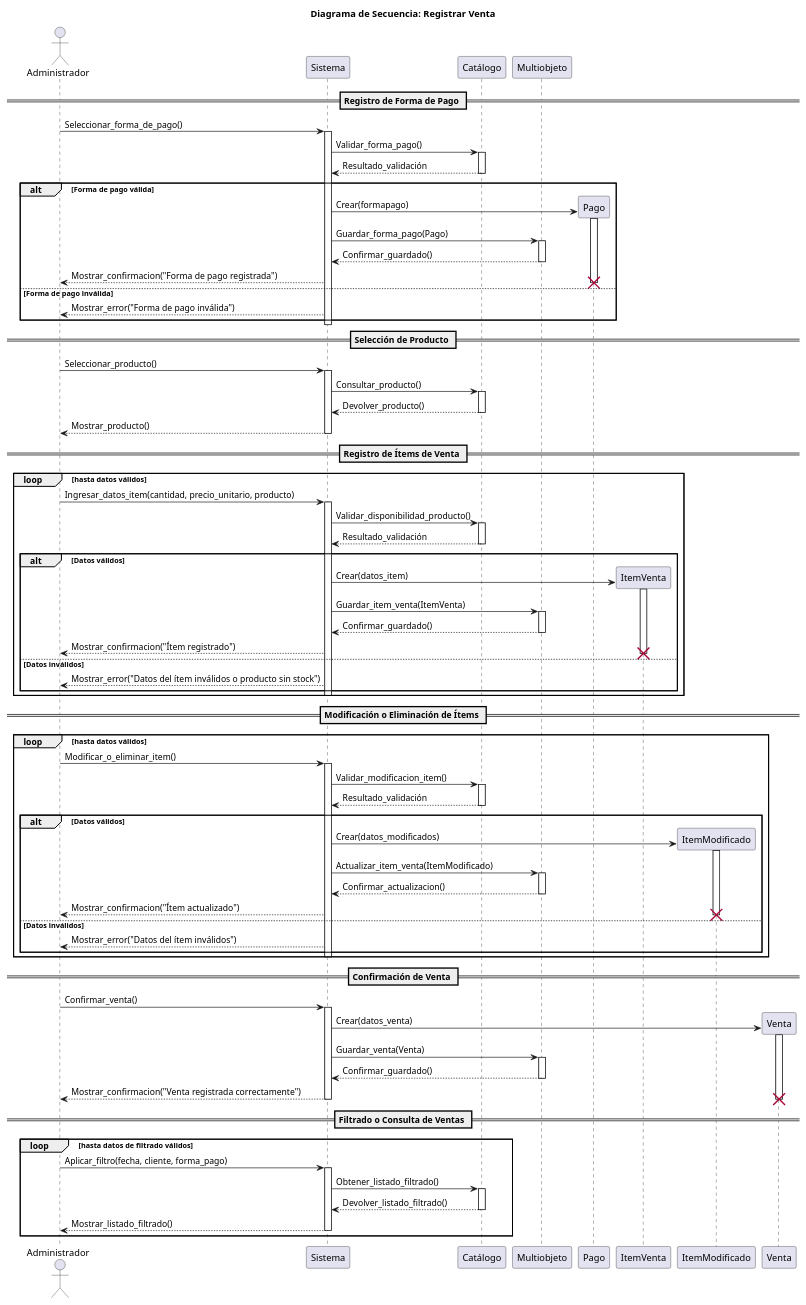
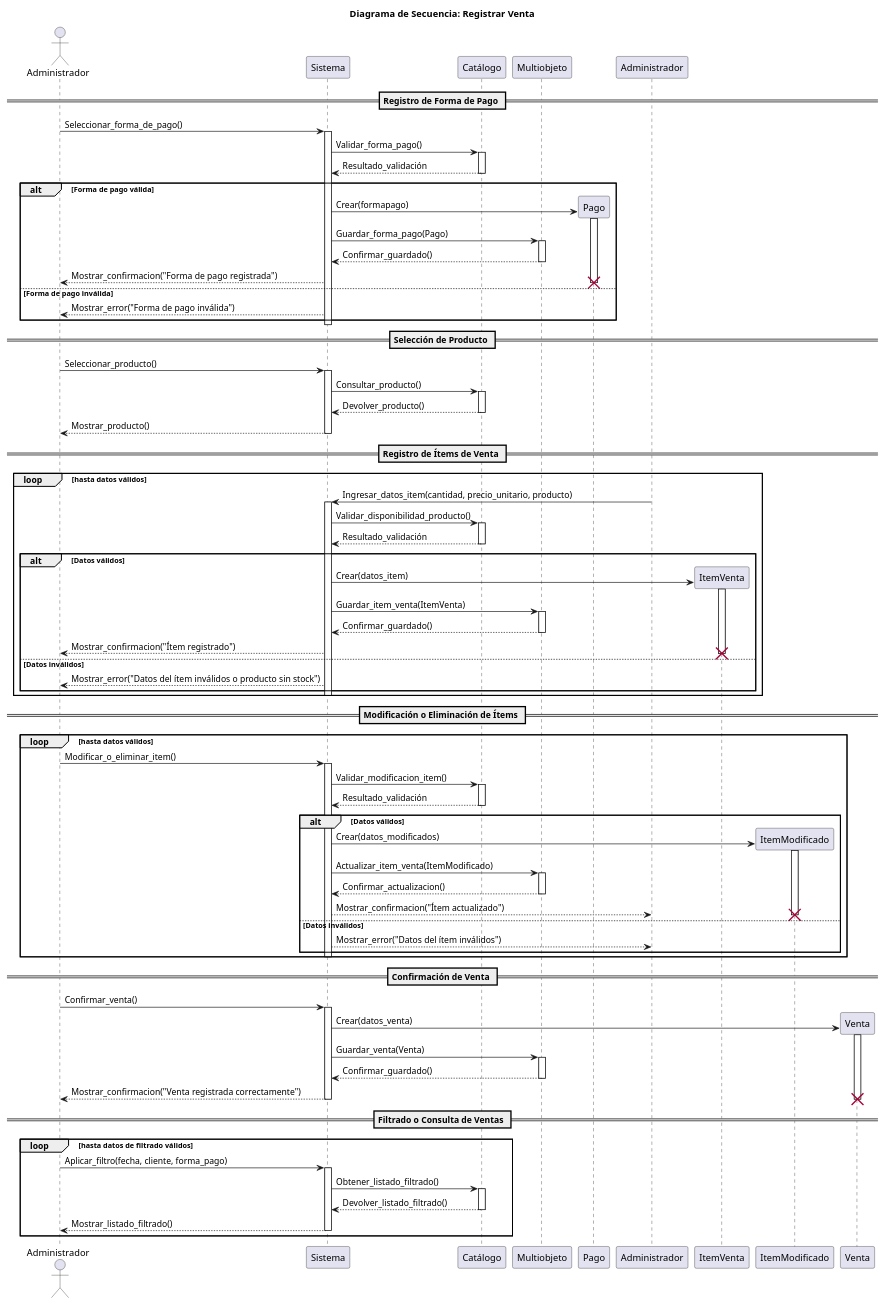
Before and after one commit to Luci1274/PPI_Proyecto_gomeria: the diagram in 08-Diagrama-secuencia/02_Venta.puml, drawn with PlantUML. The commit also changed 1 other file, not shown here.

Commit message:
Agrego diagrama de secuencia de Cliente antiguo.

```diff
--- a/08-Diagrama-secuencia/02_Venta.puml
+++ b/08-Diagrama-secuencia/02_Venta.puml
@@ -1,119 +1,119 @@
 @startuml venta
 
 title Diagrama de Secuencia: Registrar Venta
 
-actor Administrador
-participant Sistema
+actor Administrador as Admin 
+participant Sistema as System
 participant Catálogo as Cat
 participant Multiobjeto as MULT
 
 == Registro de Forma de Pago ==
-Administrador -> Sistema: Seleccionar_forma_de_pago()
-activate Sistema
-Sistema -> Cat: Validar_forma_pago()
+Admin -> System: Seleccionar_forma_de_pago()
+activate System
+System -> Cat: Validar_forma_pago()
 activate Cat
-Cat --> Sistema: Resultado_validación
+Cat --> System: Resultado_validación
 deactivate Cat
 
 alt Forma de pago válida
    create Pago
-   Sistema -> Pago: Crear(formapago)
+   System -> Pago: Crear(formapago)
    activate Pago
-   Sistema -> MULT: Guardar_forma_pago(Pago)
+   System -> MULT: Guardar_forma_pago(Pago)
    activate MULT
-   MULT --> Sistema: Confirmar_guardado()
+   MULT --> System: Confirmar_guardado()
    deactivate MULT
-   Sistema --> Administrador: Mostrar_confirmacion("Forma de pago registrada")
+   System --> Admin: Mostrar_confirmacion("Forma de pago registrada")
    destroy Pago
 else Forma de pago inválida
-   Sistema --> Administrador: Mostrar_error("Forma de pago inválida")
+   System --> Admin: Mostrar_error("Forma de pago inválida")
 end
-deactivate Sistema
+deactivate System
 
 == Selección de Producto ==
-Administrador -> Sistema: Seleccionar_producto()
-activate Sistema
-Sistema -> Cat: Consultar_producto()
+Admin -> System: Seleccionar_producto()
+activate System
+System -> Cat: Consultar_producto()
 activate Cat
-Cat --> Sistema: Devolver_producto()
+Cat --> System: Devolver_producto()
 deactivate Cat
-Sistema --> Administrador: Mostrar_producto()
-deactivate Sistema
+System --> Admin: Mostrar_producto()
+deactivate System
 
 == Registro de Ítems de Venta ==
 loop hasta datos válidos
-   Administrador -> Sistema: Ingresar_datos_item(cantidad, precio_unitario, producto)
-   activate Sistema
-   Sistema -> Cat: Validar_disponibilidad_producto()
+   Administrador -> System: Ingresar_datos_item(cantidad, precio_unitario, producto)
+   activate System
+   System -> Cat: Validar_disponibilidad_producto()
    activate Cat
-   Cat --> Sistema: Resultado_validación
+   Cat --> System: Resultado_validación
    deactivate Cat
 
    alt Datos válidos
       create ItemVenta
-      Sistema -> ItemVenta: Crear(datos_item)
+      System -> ItemVenta: Crear(datos_item)
       activate ItemVenta
-      Sistema -> MULT: Guardar_item_venta(ItemVenta)
+      System -> MULT: Guardar_item_venta(ItemVenta)
       activate MULT
-      MULT --> Sistema: Confirmar_guardado()
+      MULT --> System: Confirmar_guardado()
       deactivate MULT
-      Sistema --> Administrador: Mostrar_confirmacion("Ítem registrado")
+      System --> Admin: Mostrar_confirmacion("Ítem registrado")
       destroy ItemVenta
    else Datos inválidos
-      Sistema --> Administrador: Mostrar_error("Datos del ítem inválidos o producto sin stock")
+      System --> Admin: Mostrar_error("Datos del ítem inválidos o producto sin stock")
    end
-   deactivate Sistema
+   deactivate System
 end
 
 == Modificación o Eliminación de Ítems ==
 loop hasta datos válidos
-   Administrador -> Sistema: Modificar_o_eliminar_item()
-   activate Sistema
-   Sistema -> Cat: Validar_modificacion_item()
+   Admin -> System: Modificar_o_eliminar_item()
+   activate System
+   System -> Cat: Validar_modificacion_item()
    activate Cat
-   Cat --> Sistema: Resultado_validación
+   Cat --> System: Resultado_validación
    deactivate Cat
 
    alt Datos válidos
       create ItemModificado
-      Sistema -> ItemModificado: Crear(datos_modificados)
+      System -> ItemModificado: Crear(datos_modificados)
       activate ItemModificado
-      Sistema -> MULT: Actualizar_item_venta(ItemModificado)
+      System -> MULT: Actualizar_item_venta(ItemModificado)
       activate MULT
-      MULT --> Sistema: Confirmar_actualizacion()
+      MULT --> System: Confirmar_actualizacion()
       deactivate MULT
-      Sistema --> Administrador: Mostrar_confirmacion("Ítem actualizado")
+      System --> Administrador: Mostrar_confirmacion("Ítem actualizado")
       destroy ItemModificado
    else Datos inválidos
-      Sistema --> Administrador: Mostrar_error("Datos del ítem inválidos")
+      System --> Administrador: Mostrar_error("Datos del ítem inválidos")
    end
-   deactivate Sistema
+   deactivate System
 end
 
 == Confirmación de Venta ==
-Administrador -> Sistema: Confirmar_venta()
-activate Sistema
+Admin -> System: Confirmar_venta()
+activate System
 create Venta
-Sistema -> Venta: Crear(datos_venta)
+System -> Venta: Crear(datos_venta)
 activate Venta
-Sistema -> MULT: Guardar_venta(Venta)
+System -> MULT: Guardar_venta(Venta)
 activate MULT
-MULT --> Sistema: Confirmar_guardado()
+MULT --> System: Confirmar_guardado()
 deactivate MULT
-Sistema --> Administrador: Mostrar_confirmacion("Venta registrada correctamente")
+System --> Admin: Mostrar_confirmacion("Venta registrada correctamente")
 destroy Venta
-deactivate Sistema
+deactivate System
 
 == Filtrado o Consulta de Ventas ==
 loop hasta datos de filtrado válidos
-   Administrador -> Sistema: Aplicar_filtro(fecha, cliente, forma_pago)
-   activate Sistema
-   Sistema -> Cat: Obtener_listado_filtrado()
+   Admin -> System: Aplicar_filtro(fecha, cliente, forma_pago)
+   activate System
+   System -> Cat: Obtener_listado_filtrado()
    activate Cat
-   Cat --> Sistema: Devolver_listado_filtrado()
+   Cat --> System: Devolver_listado_filtrado()
    deactivate Cat
-   Sistema --> Administrador: Mostrar_listado_filtrado()
-   deactivate Sistema
+   System --> Admin: Mostrar_listado_filtrado()
+   deactivate System
 end
 
 @enduml
```
